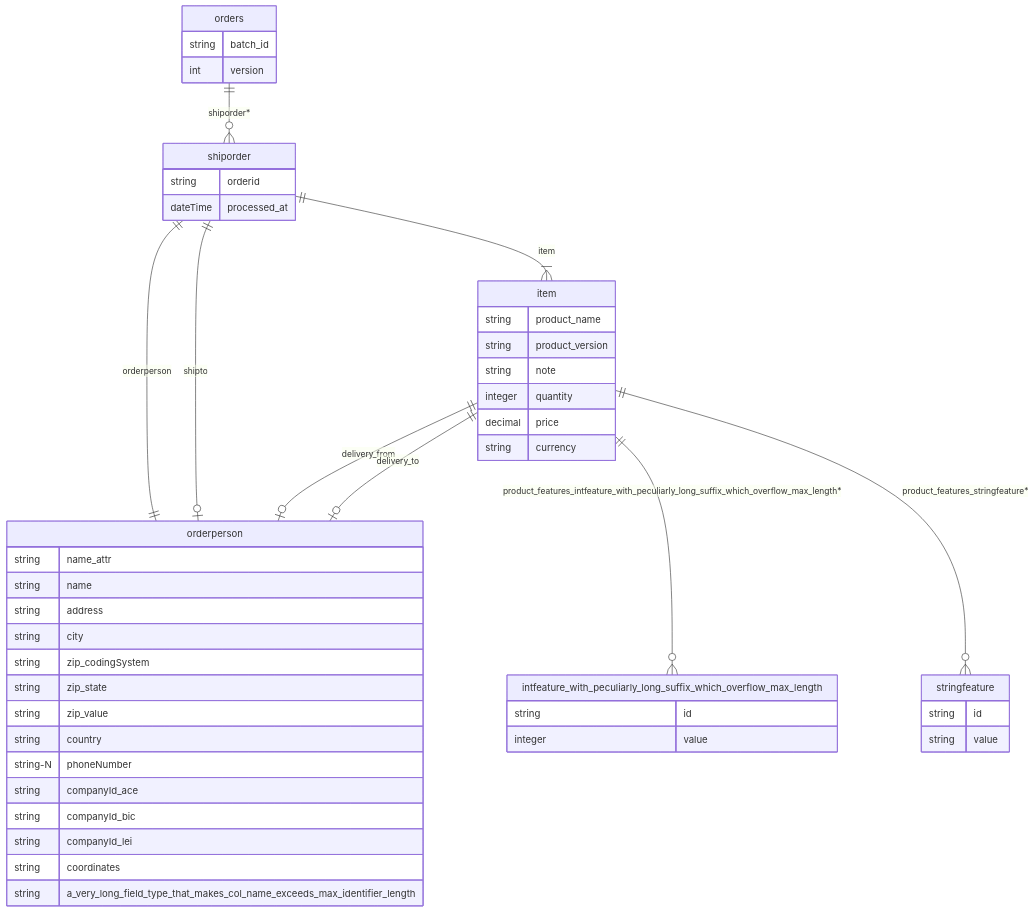
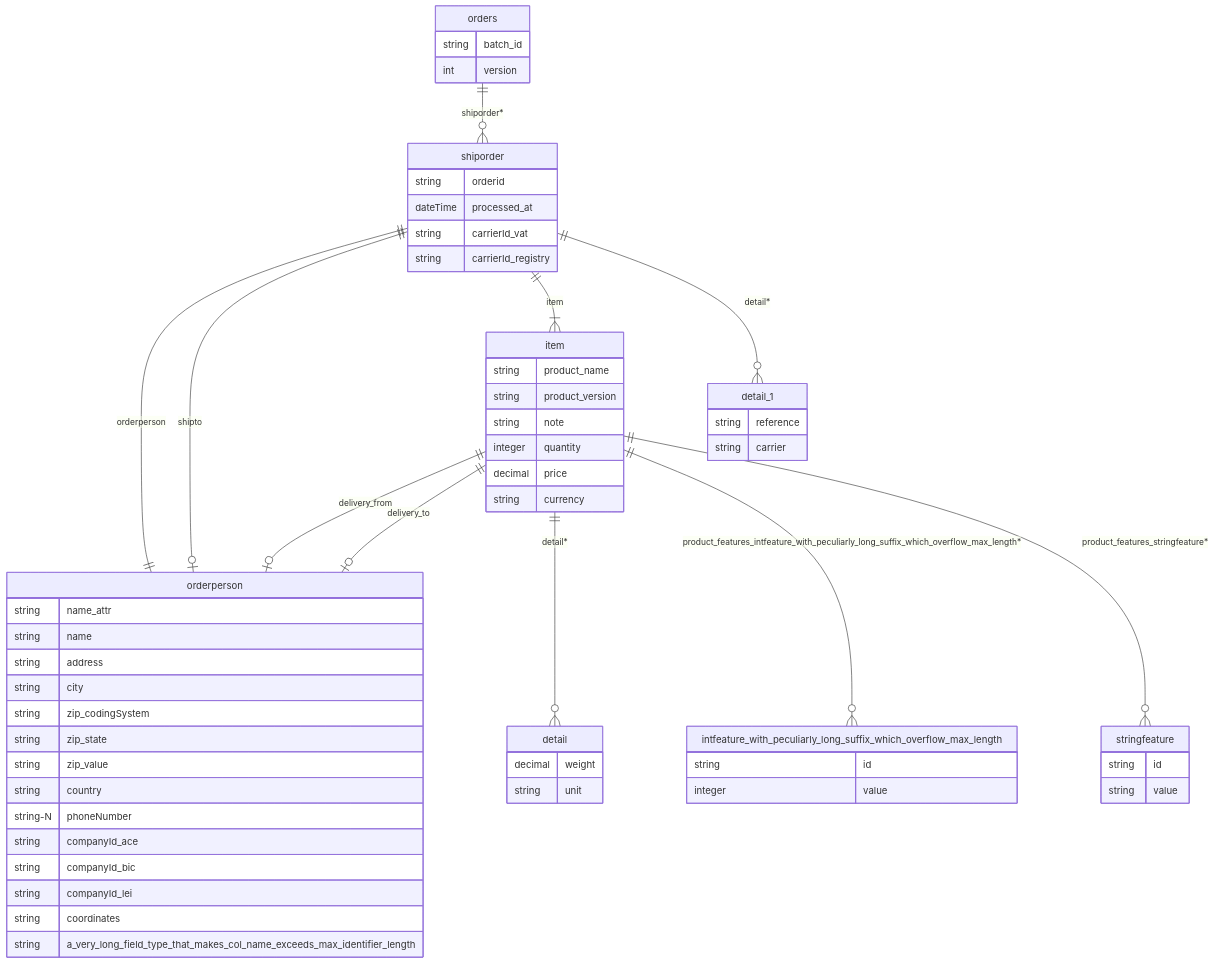
Before and after one commit to cre-dev/xml2db: the diagram in tests/sample_models/orders/orders_erd_version1.md, drawn with Mermaid. The commit also changed 24 other files, not shown here.

````diff
--- a/tests/sample_models/orders/orders_erd_version1.md
+++ b/tests/sample_models/orders/orders_erd_version1.md
@@ -1,51 +1,63 @@
 ```mermaid
 erDiagram
     item ||--o| orderperson : "delivery_from"
     item ||--o| orderperson : "delivery_to"
+    item ||--o{ detail : "detail*"
     item ||--o{ intfeature_with_peculiarly_long_suffix_which_overflow_max_length : "product_features_intfeature_with_peculiarly_long_suffix_which_overflow_max_length*"
     item ||--o{ stringfeature : "product_features_stringfeature*"
     item {
         string product_name
         string product_version
         string note
         integer quantity
         decimal price
         string currency
     }
     orders ||--o{ shiporder : "shiporder*"
     orders {
         string batch_id
         int version
     }
     shiporder ||--|| orderperson : "orderperson"
     shiporder ||--o| orderperson : "shipto"
     shiporder ||--|{ item : "item"
+    shiporder ||--o{ detail_1 : "detail*"
     shiporder {
         string orderid
         dateTime processed_at
+        string carrierId_vat
+        string carrierId_registry
     }
     stringfeature {
         string id
         string value
     }
     intfeature_with_peculiarly_long_suffix_which_overflow_max_length {
         string id
         integer value
+    }
+    detail {
+        decimal weight
+        string unit
+    }
+    detail_1 {
+        string reference
+        string carrier
     }
     orderperson {
         string name_attr
         string name
         string address
         string city
         string zip_codingSystem
         string zip_state
         string zip_value
         string country
         string-N phoneNumber
         string companyId_ace
         string companyId_bic
         string companyId_lei
         string coordinates
         string a_very_long_field_type_that_makes_col_name_exceeds_max_identifier_length
     }
 ```
````
